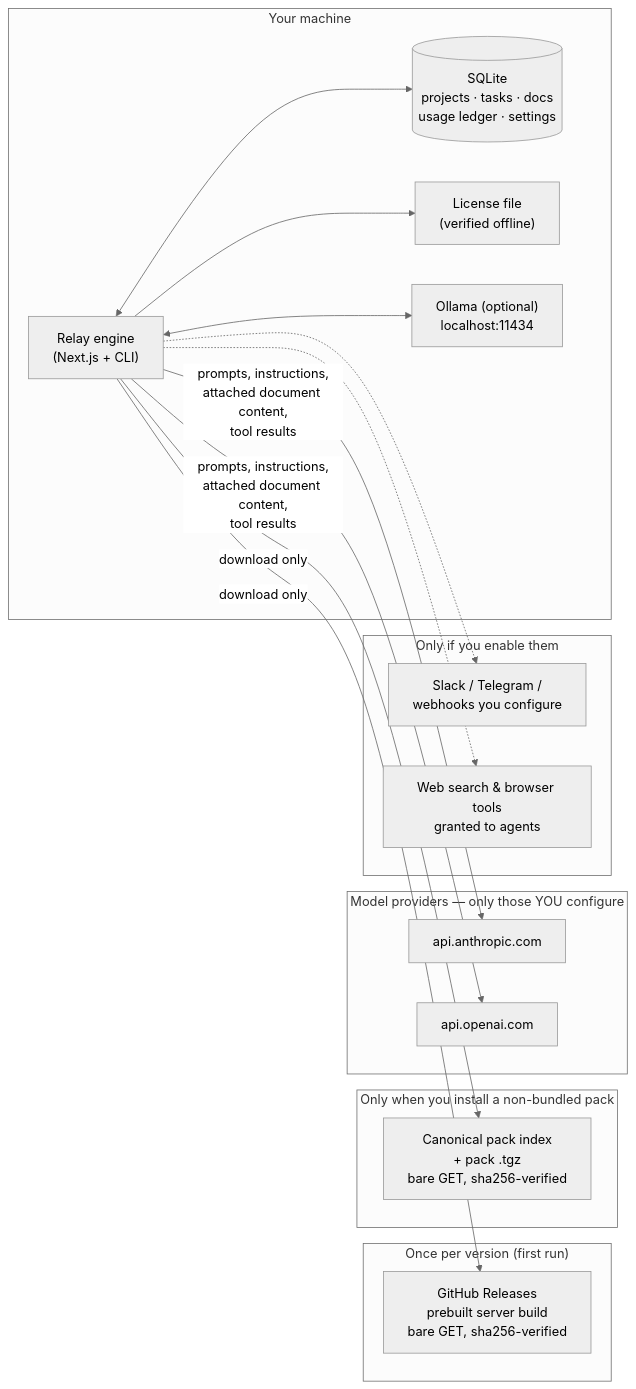
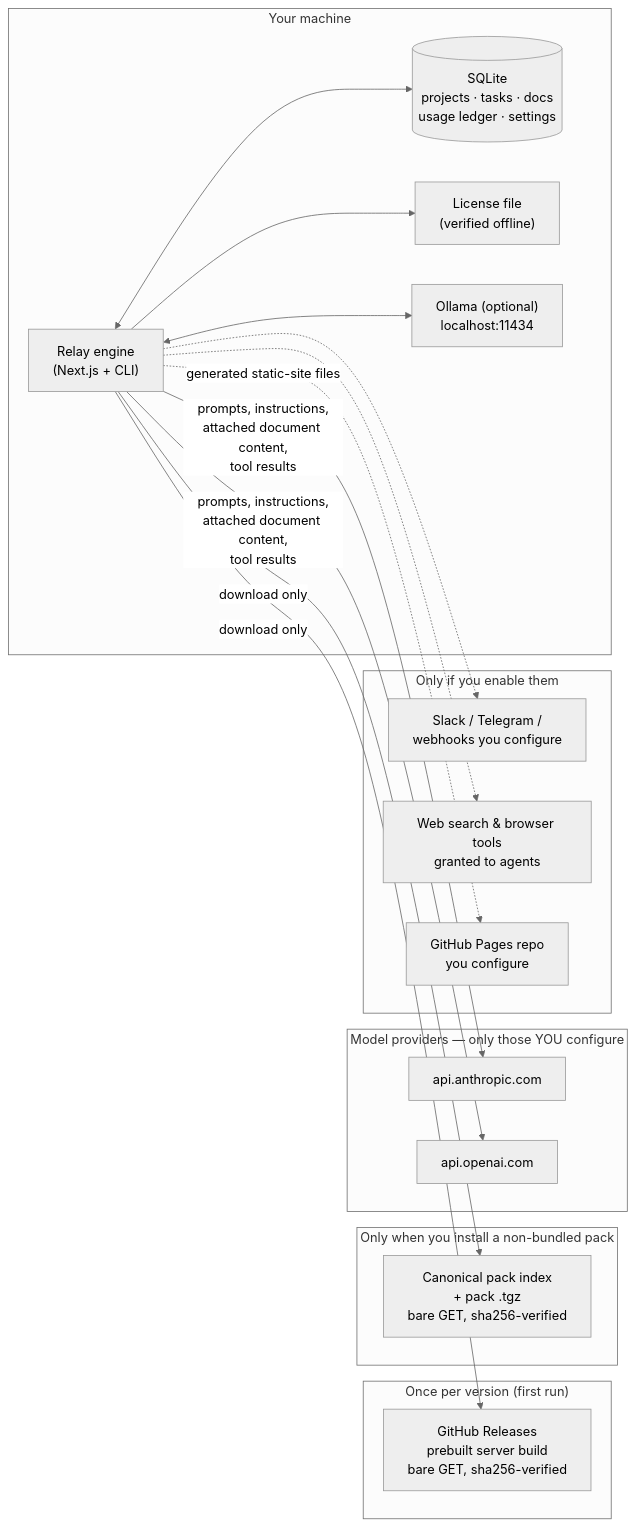
Before and after one commit to orionfold/relay: the diagram in docs/trust/data-flow.md, drawn with Mermaid (neutral theme). The commit also changed other lines of this file and 9 other files, not shown here.

````diff
--- a/docs/trust/data-flow.md
+++ b/docs/trust/data-flow.md
@@ -15,37 +15,39 @@
 ```mermaid
 flowchart LR
     subgraph yours["Your machine"]
         relay["Relay engine<br/>(Next.js + CLI)"]
         db[("SQLite<br/>projects · tasks · docs<br/>usage ledger · settings")]
         lic["License file<br/>(verified offline)"]
         ollama["Ollama (optional)<br/>localhost:11434"]
         relay <--> db
         relay --> lic
         relay <--> ollama
     end
 
     subgraph once["Once per version (first run)"]
         gh["GitHub Releases<br/>prebuilt server build<br/>bare GET, sha256-verified"]
     end
 
     subgraph packfetch["Only when you install a non-bundled pack"]
         pidx["Canonical pack index<br/>+ pack .tgz<br/>bare GET, sha256-verified"]
     end
 
     subgraph providers["Model providers — only those YOU configure"]
         ant["api.anthropic.com"]
         oai["api.openai.com"]
     end
 
     subgraph optin["Only if you enable them"]
         chan["Slack / Telegram /<br/>webhooks you configure"]
         tools["Web search & browser tools<br/>granted to agents"]
+        pages["GitHub Pages repo<br/>you configure"]
     end
 
     relay -->|"download only"| gh
     relay -->|"download only"| pidx
     relay -->|"prompts, instructions,<br/>attached document content,<br/>tool results"| ant
     relay -->|"prompts, instructions,<br/>attached document content,<br/>tool results"| oai
     relay -.-> chan
     relay -.-> tools
+    relay -.->|"generated static-site files"| pages
 ```
````
